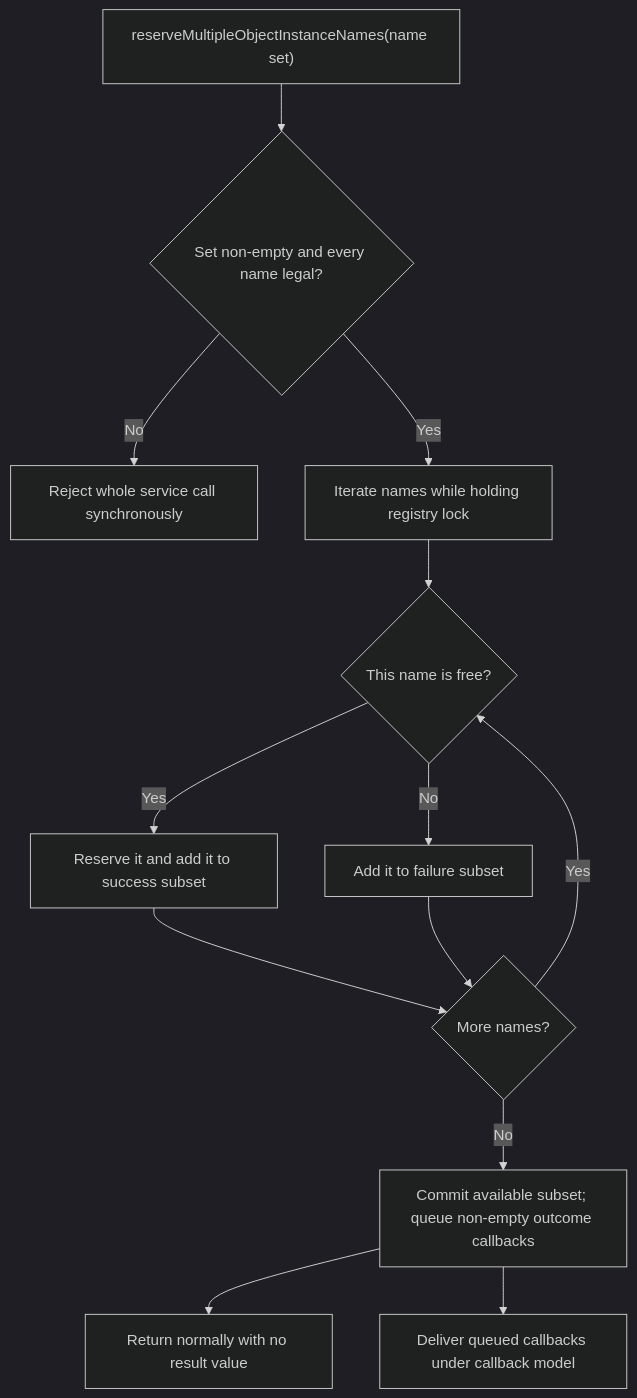
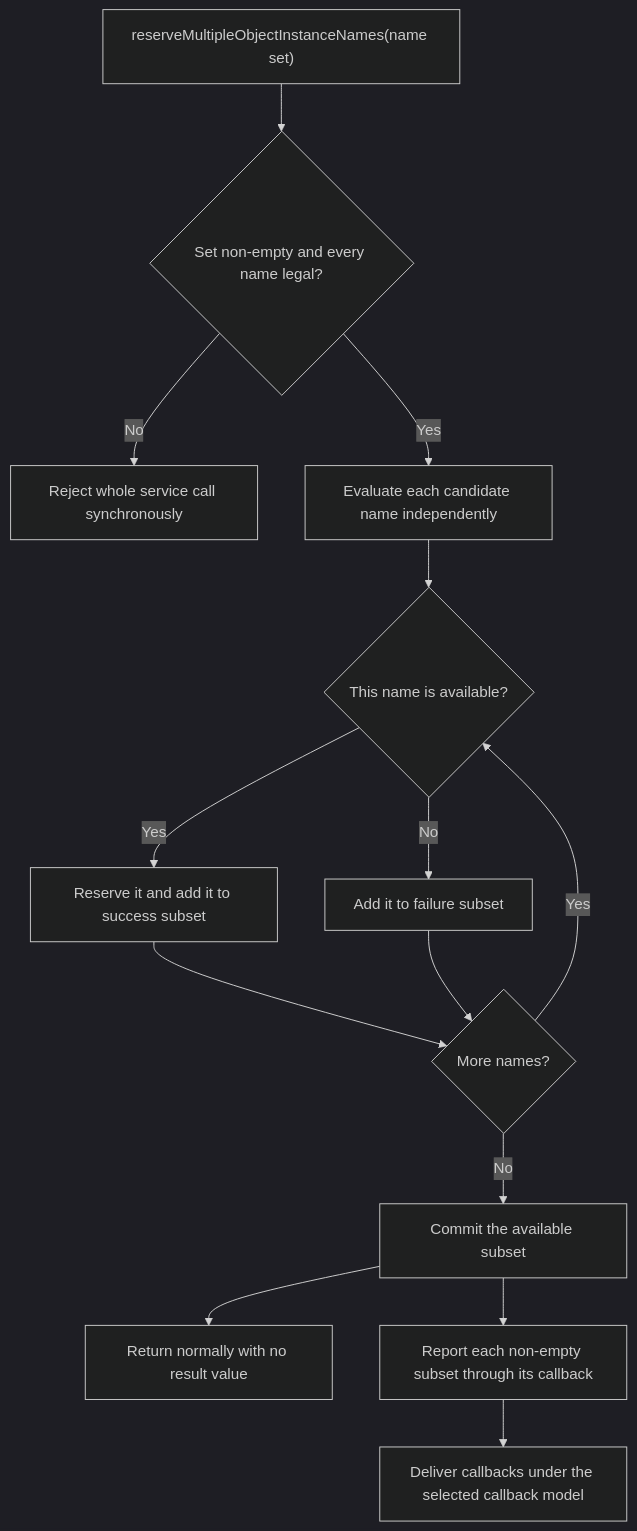
The third of 7 diagrams in docs/design/HLA-2025-OBJECT-INSTANCE-NAME-RESERVATION-FLOW-GUIDE.md (sheepfling/umbra), drawn with Mermaid (dark theme) before and after one commit. The commit also changed other lines of this file and 822 other files, not shown here.

````diff
--- a/docs/design/HLA-2025-OBJECT-INSTANCE-NAME-RESERVATION-FLOW-GUIDE.md
+++ b/docs/design/HLA-2025-OBJECT-INSTANCE-NAME-RESERVATION-FLOW-GUIDE.md
@@ -93,15 +148,16 @@
 ```mermaid
 flowchart TD
   A["reserveMultipleObjectInstanceNames(name set)"] --> B{Set non-empty and every name legal?}
   B -->|No| X[Reject whole service call synchronously]
-  B -->|Yes| C[Iterate names while holding registry lock]
-  C --> D{This name is free?}
+  B -->|Yes| C[Evaluate each candidate name independently]
+  C --> D{This name is available?}
   D -->|Yes| E[Reserve it and add it to success subset]
   D -->|No| F[Add it to failure subset]
   E --> G{More names?}
   F --> G
   G -->|Yes| D
-  G -->|No| H[Commit available subset; queue non-empty outcome callbacks]
+  G -->|No| H[Commit the available subset]
   H --> I[Return normally with no result value]
-  H --> J[Deliver queued callbacks under callback model]
+  H --> J[Report each non-empty subset through its callback]
+  J --> K[Deliver callbacks under the selected callback model]
 ```
````
